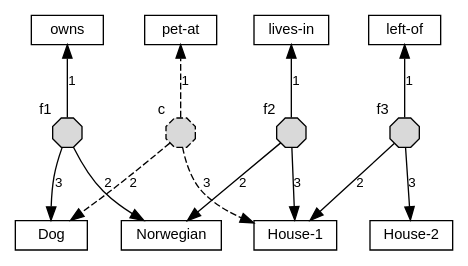
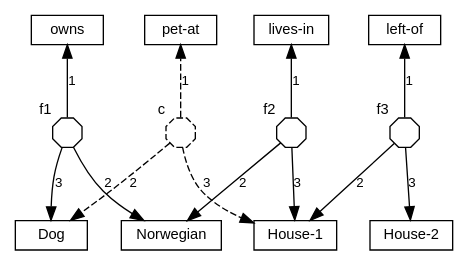
Before and after one commit to agutikov/ein: the diagram in docs/ein/reasoning/01-static-ir/diagrams/02-rewritten.dot, drawn with Graphviz. The commit also changed 66 other files, not shown here.

```diff
--- a/docs/ein/reasoning/01-static-ir/diagrams/02-rewritten.dot
+++ b/docs/ein/reasoning/01-static-ir/diagrams/02-rewritten.dot
@@ -1,23 +1,23 @@
 digraph rewritten {
   rankdir=TB; nodesep=0.35; ranksep=0.6;
   node [shape=box, fontname="Helvetica", fontsize=11, height=0.3];
   edge [fontname="Helvetica", fontsize=10];
   { rank=min; "owns"; "lives-in"; "left-of"; "pet-at"; }
   { rank=max; "Dog"; "Norwegian"; "House-1"; "House-2"; }
-  node [shape=octagon, label="", width=0.3, height=0.3, fixedsize=true, style=filled, fillcolor="#d9d9d9"];
+  node [shape=octagon, label="", width=0.3, height=0.3, fixedsize=true];
   f1 [xlabel="f1"]; f2 [xlabel="f2"]; f3 [xlabel="f3"];
-  c [xlabel="c", style="filled,dashed"];
+  c [xlabel="c", style=dashed];
   { rank=same; f1; f2; f3; c; }
   f1 -> "owns" [label="1"];
   f1 -> "Norwegian" [label="2"];
   f1 -> "Dog" [label="3"];
   f2 -> "lives-in" [label="1"];
   f2 -> "Norwegian" [label="2"];
   f2 -> "House-1" [label="3"];
   f3 -> "left-of" [label="1"];
   f3 -> "House-1" [label="2"];
   f3 -> "House-2" [label="3"];
   c -> "pet-at" [label="1", style=dashed];
   c -> "Dog" [label="2", style=dashed];
   c -> "House-1" [label="3", style=dashed];
 }
```
